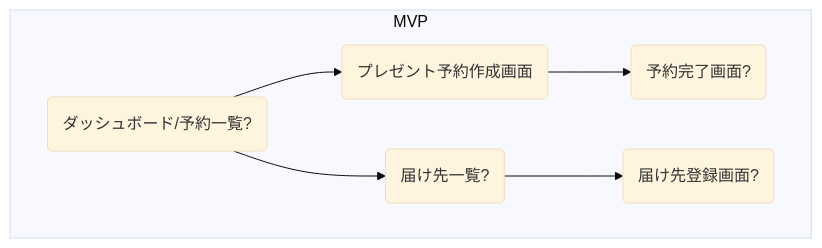
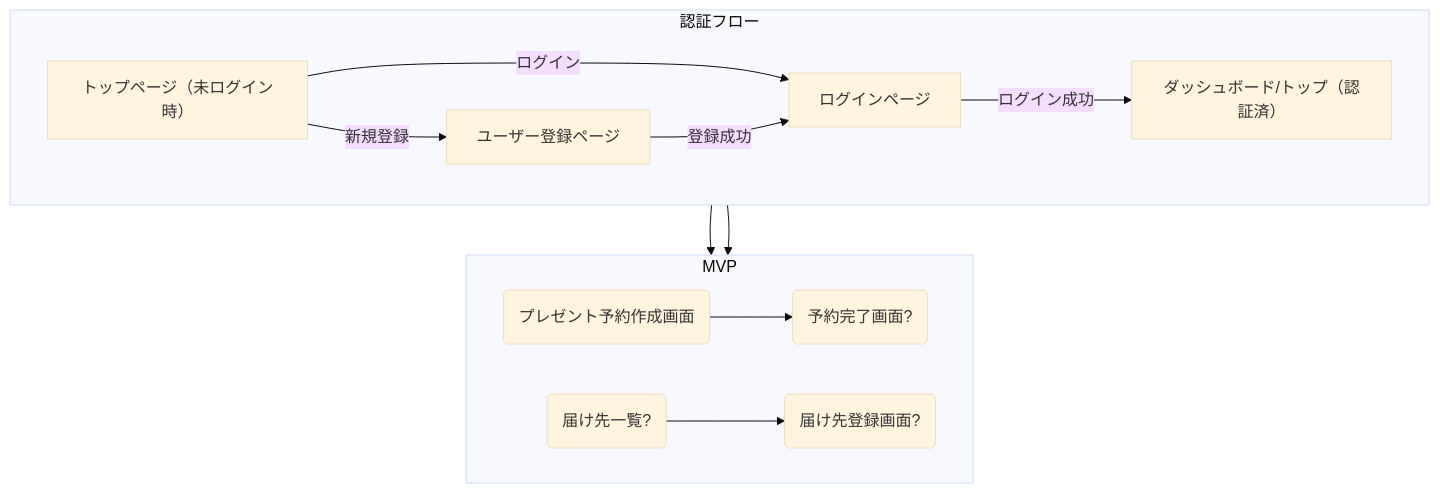
One commit to nihemak/ddd-product-dev-sample-jp changed the diagram in docs/ui/screen-flow.md. Above: the diagram before and after it, drawn with Mermaid (base theme). The commit also changed other lines of this file and 18 other files, not shown here.

````diff
--- a/docs/ui/screen-flow.md
+++ b/docs/ui/screen-flow.md
@@ -7,15 +7,28 @@
 ```mermaid
 graph TD
+    subgraph "認証フロー"
+        direction LR
+        UnauthenticatedTop["トップページ（未ログイン時）"] -- "新規登録" --> SignupPage["ユーザー登録ページ"];
+        UnauthenticatedTop -- "ログイン" --> LoginPage["ログインページ"];
+        SignupPage -- "登録成功" --> LoginPage;
+        LoginPage -- "ログイン成功" --> AuthenticatedTop["ダッシュボード/トップ（認証済）"];
+        %% AuthenticatedTopはMVP以降の画面へ
+    end
+
     %% TODO: ログイン機能実装後に更新
     subgraph MVP
+        %% 既存のMVPフローは残しつつ、認証フローと接続するイメージ
         direction LR
-        A(ダッシュボード/予約一覧?) --> B(プレゼント予約作成画面);
+        AuthenticatedTop --> B(プレゼント予約作成画面);
         B --> C(予約完了画面?);
-        A --> D(届け先一覧?);
+        AuthenticatedTop --> D(届け先一覧?);
         D --> E(届け先登録画面?);
     end
 
     %% 画面仕様へのリンク (例)
+    click UnauthenticatedTop "./unauthenticated_top_page.md" "トップページ（未ログイン時） 仕様"
+    click SignupPage "./signup_page.md" "ユーザー登録ページ 仕様"
+    click LoginPage "./login_page.md" "ログインページ 仕様"
     click B "./present-reservation-shipping-proxy.md" "プレゼント予約作成 仕様"
     %% 他画面の仕様作成後にリンクを追加
 ```
````
